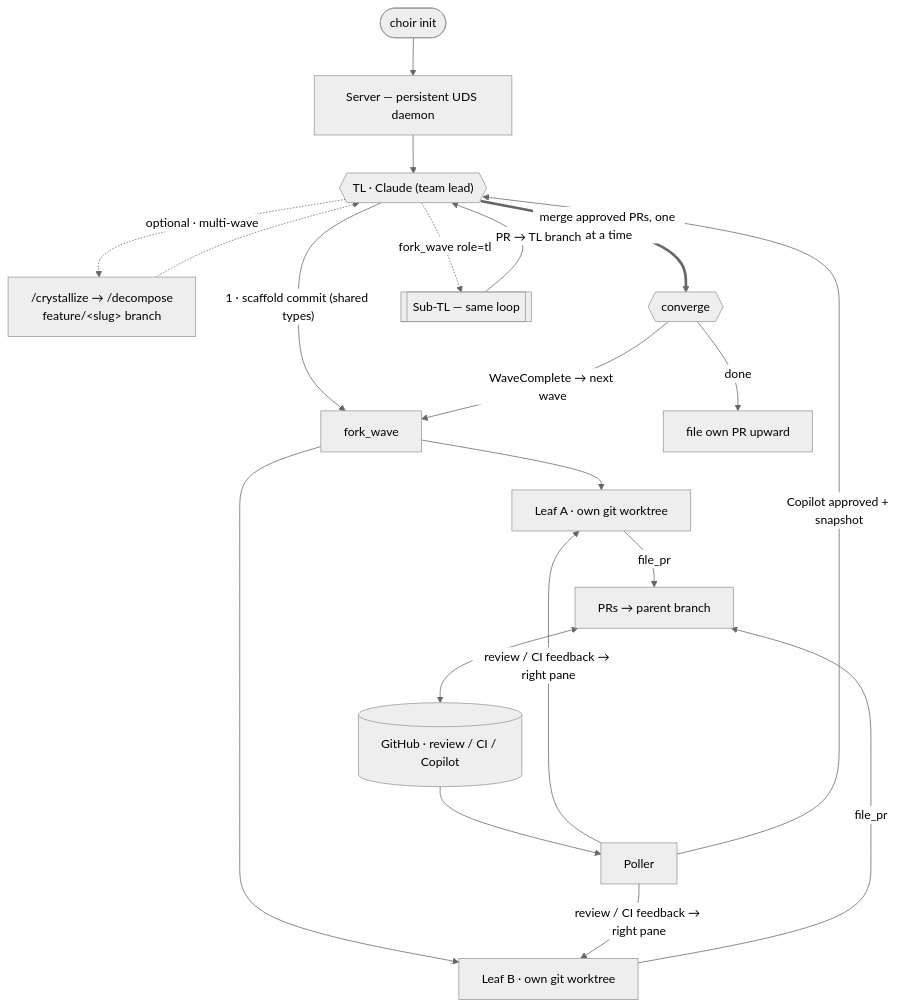
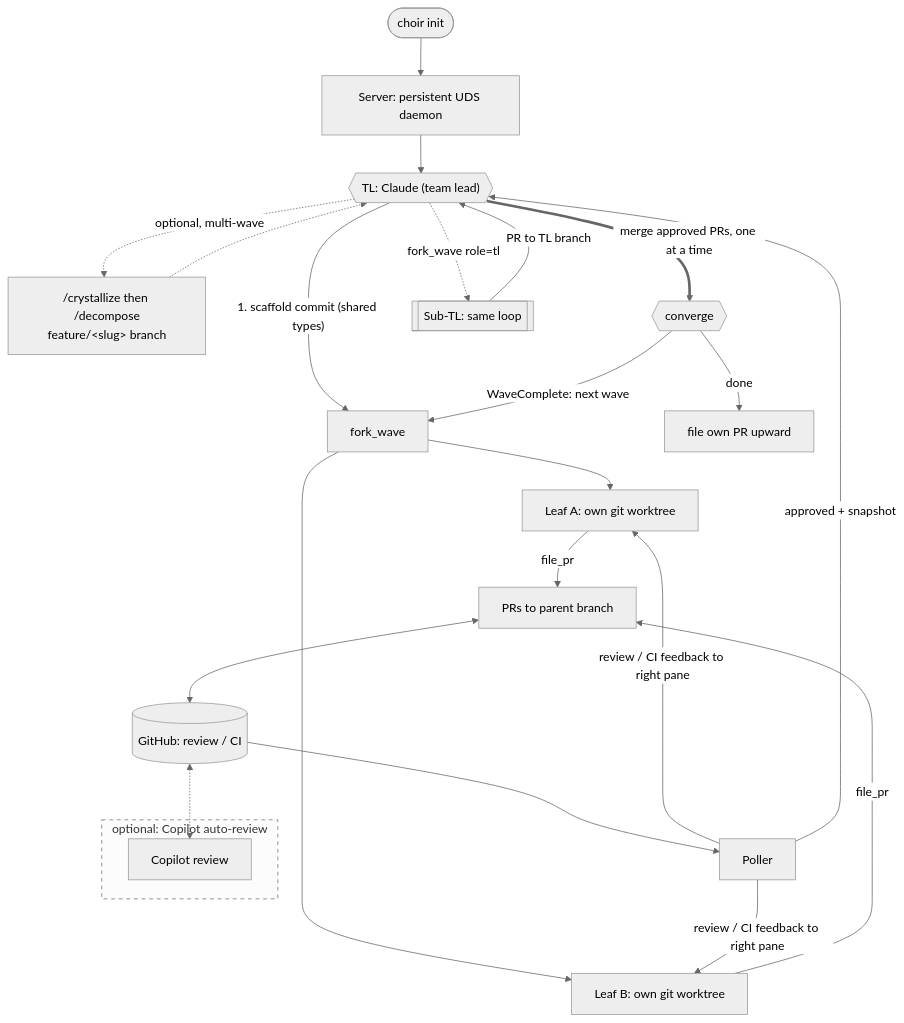
One commit to brickfrog/choir changed the diagram in README.md. Above: the diagram before and after it, drawn with Mermaid (neutral theme). The commit also changed other lines of this file, not shown here.

Commit message:
docs: tidy README, mark Copilot review optional in diagram

````diff
--- a/README.md
+++ b/README.md
@@ -10,28 +10,35 @@
 ```mermaid
 flowchart TD
-    init(["choir init"]) --> srv["Server — persistent UDS daemon"]
-    srv --> tl{{"TL · Claude (team lead)"}}
+    init(["choir init"]) --> srv["Server: persistent UDS daemon"]
+    srv --> tl{{"TL: Claude (team lead)"}}
 
-    tl -. "optional · multi-wave" .-> spec["/crystallize → /decompose<br/>feature/&lt;slug&gt; branch"]
+    tl -. "optional, multi-wave" .-> spec["/crystallize then /decompose<br/>feature/&lt;slug&gt; branch"]
     spec -.-> tl
 
-    tl -->|"1 · scaffold commit (shared types)"| fork["fork_wave"]
-    fork --> la["Leaf A · own git worktree"]
-    fork --> lb["Leaf B · own git worktree"]
+    tl -->|"1. scaffold commit (shared types)"| fork["fork_wave"]
+    fork --> la["Leaf A: own git worktree"]
+    fork --> lb["Leaf B: own git worktree"]
 
-    la -->|"file_pr"| pr["PRs → parent branch"]
+    la -->|"file_pr"| pr["PRs to parent branch"]
     lb -->|"file_pr"| pr
-    pr <--> gh[("GitHub · review / CI / Copilot")]
+    pr <--> gh[("GitHub: review / CI")]
+
+    subgraph optional["optional: Copilot auto-review"]
+        copilot["Copilot review"]
+    end
+    gh <-.-> copilot
 
     gh --> poller["Poller"]
-    poller -->|"review / CI feedback → right pane"| la
-    poller -->|"review / CI feedback → right pane"| lb
-    poller -->|"Copilot approved + snapshot"| tl
+    poller -->|"review / CI feedback to right pane"| la
+    poller -->|"review / CI feedback to right pane"| lb
+    poller -->|"approved + snapshot"| tl
 
     tl ==>|"merge approved PRs, one at a time"| converge{{"converge"}}
-    converge -->|"WaveComplete → next wave"| fork
+    converge -->|"WaveComplete: next wave"| fork
     converge -->|"done"| up["file own PR upward"]
 
-    tl -. "fork_wave role=tl" .-> subtl[["Sub-TL — same loop"]]
-    subtl -->|"PR → TL branch"| tl
+    tl -. "fork_wave role=tl" .-> subtl[["Sub-TL: same loop"]]
+    subtl -->|"PR to TL branch"| tl
+
+    style optional stroke-dasharray: 5 5
 ```
````
